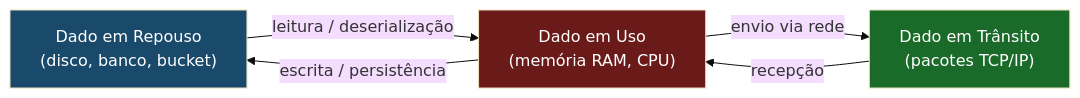
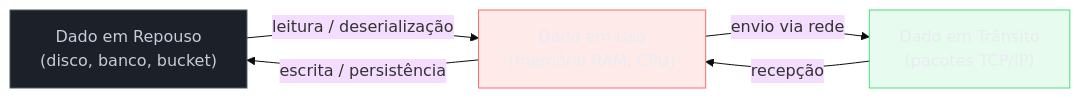
One commit to josenaldo/codex-technomanticus changed the first of 6 diagrams in 03-Dominios/Engenharia/Segurança/14 - Criptografia em trânsito e em repouso.md. Above: the diagram before and after it, drawn with Mermaid (base theme). The commit also changed other lines of this file and 1181 other files, not shown here.

First line of the commit message:
fix(diagramas): paleta do sistema no lugar de cor cravada no markdown

````diff
--- a/03-Dominios/Engenharia/Segurança/14 - Criptografia em trânsito e em repouso.md
+++ b/03-Dominios/Engenharia/Segurança/14 - Criptografia em trânsito e em repouso.md
@@ -27,10 +27,13 @@
 ```mermaid
 graph LR
+    classDef neutro fill:#1B2029,stroke:#4E5666,color:#C6CCD8
+    classDef falha fill:#FF6B6B24,stroke:#FF6B6B,color:#E9ECF2
+    classDef ok fill:#4ADE8021,stroke:#4ADE80,color:#E9ECF2
     A["Dado em Repouso<br/>(disco, banco, bucket)"] -->|"leitura / deserialização"| B["Dado em Uso<br/>(memória RAM, CPU)"]
     B -->|"escrita / persistência"| A
     B -->|"envio via rede"| C["Dado em Trânsito<br/>(pacotes TCP/IP)"]
     C -->|"recepção"| B
-    style A fill:#1a4a6b,color:#fff
-    style B fill:#6b1a1a,color:#fff
-    style C fill:#1a6b2a,color:#fff
+    class A neutro
+    class B falha
+    class C ok
 ```
````
